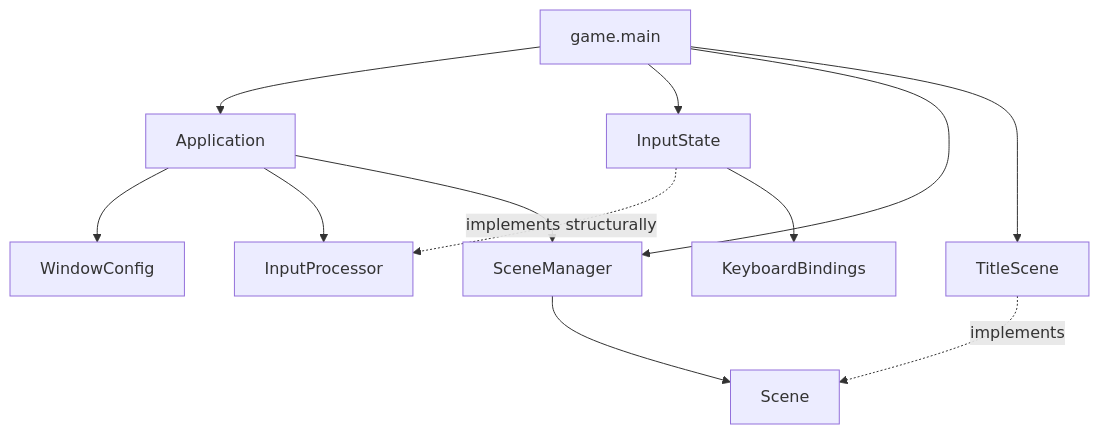
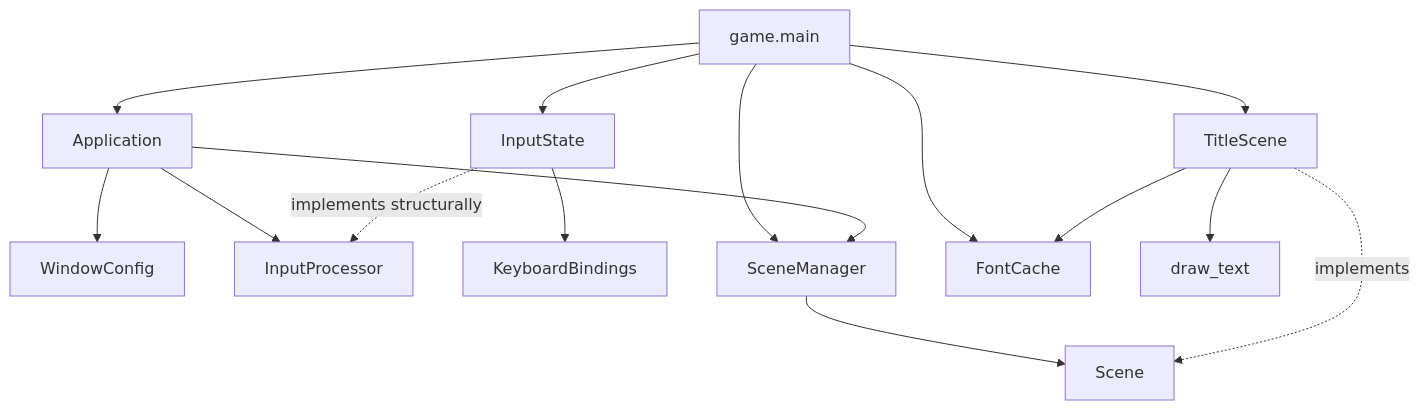
The diagram in docs/architecture/overview.md (VincentMardon/my_first_adventure_game), drawn with Mermaid before and after one commit. The commit also changed other lines of this file and 4 other files, not shown here.

````diff
--- a/docs/architecture/overview.md
+++ b/docs/architecture/overview.md
@@ -112,26 +112,32 @@
 ```mermaid
 flowchart TD
     GameMain["game.main"]
     Application["Application"]
     WindowConfig["WindowConfig"]
     InputProcessor["InputProcessor"]
     InputState["InputState"]
     KeyboardBindings["KeyboardBindings"]
     SceneManager["SceneManager"]
     Scene["Scene"]
     TitleScene["TitleScene"]
+    FontCache["FontCache"]
+    DrawText["draw_text"]
 
     GameMain --> Application
     GameMain --> InputState
     GameMain --> SceneManager
     GameMain --> TitleScene
+    GameMain --> FontCache
 
     Application --> WindowConfig
     Application --> InputProcessor
     Application --> SceneManager
+
+    TitleScene --> FontCache
+    TitleScene --> DrawText
 
     InputState -. "implements structurally" .-> InputProcessor
     InputState --> KeyboardBindings
     SceneManager --> Scene
     TitleScene -. "implements" .-> Scene
 ```
````
